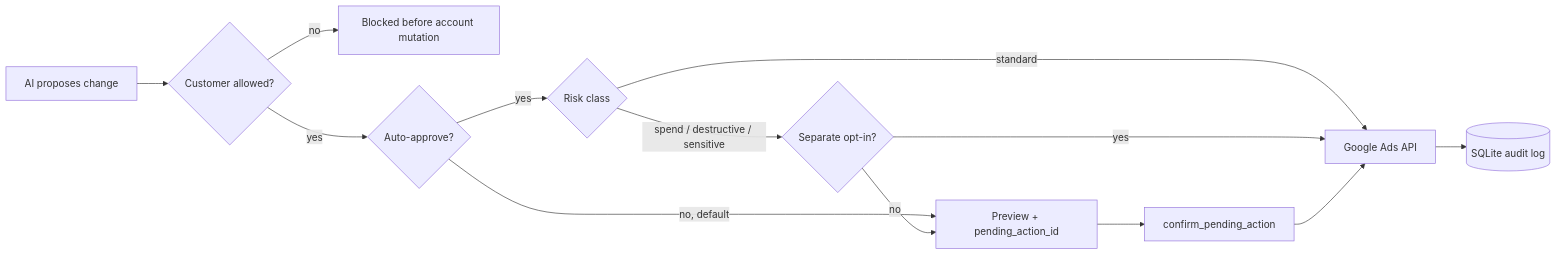
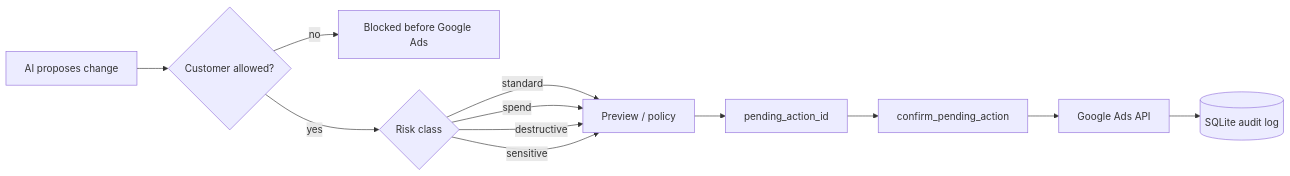
Before and after one commit to akelaonline/MCP-Google-Ads: the diagram in README.md, drawn with Mermaid. The commit also changed other lines of this file, not shown here.

````diff
--- a/README.md
+++ b/README.md
@@ -141,15 +119,14 @@
 ```mermaid
 flowchart LR
-    A[AI proposes change] --> S{Customer allowed?}
-    S -- no --> X[Blocked before account mutation]
-    S -- yes --> B{Auto-approve?}
-    B -- no, default --> C[Preview + pending_action_id]
-    B -- yes --> R{Risk class}
-    R -- standard --> E[Google Ads API]
-    R -- spend / destructive / sensitive --> H{Separate opt-in?}
-    H -- no --> C
-    H -- yes --> E
-    C --> D[confirm_pending_action]
-    D --> E
-    E --> F[(SQLite audit log)]
+    A[AI proposes change] --> C{Customer allowed?}
+    C -- no --> X[Blocked before Google Ads]
+    C -- yes --> R{Risk class}
+    R -->|standard| P[Preview / policy]
+    R -->|spend| P
+    R -->|destructive| P
+    R -->|sensitive| P
+    P --> D[pending_action_id]
+    D --> F[confirm_pending_action]
+    F --> G[Google Ads API]
+    G --> L[(SQLite audit log)]
 ```
````
